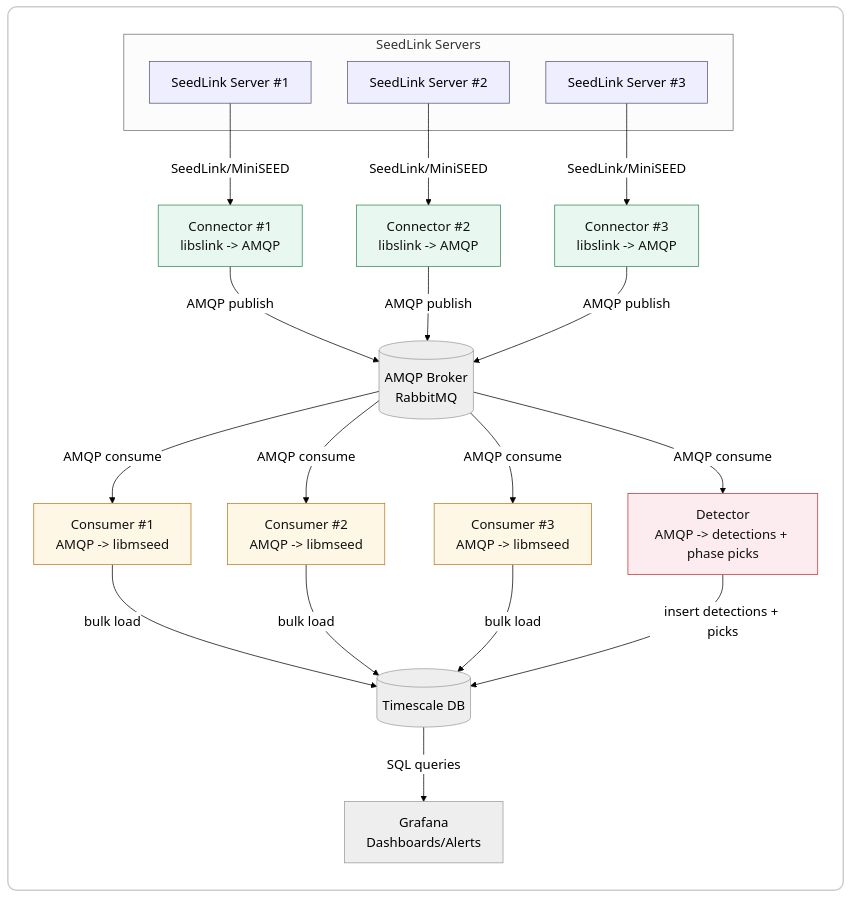
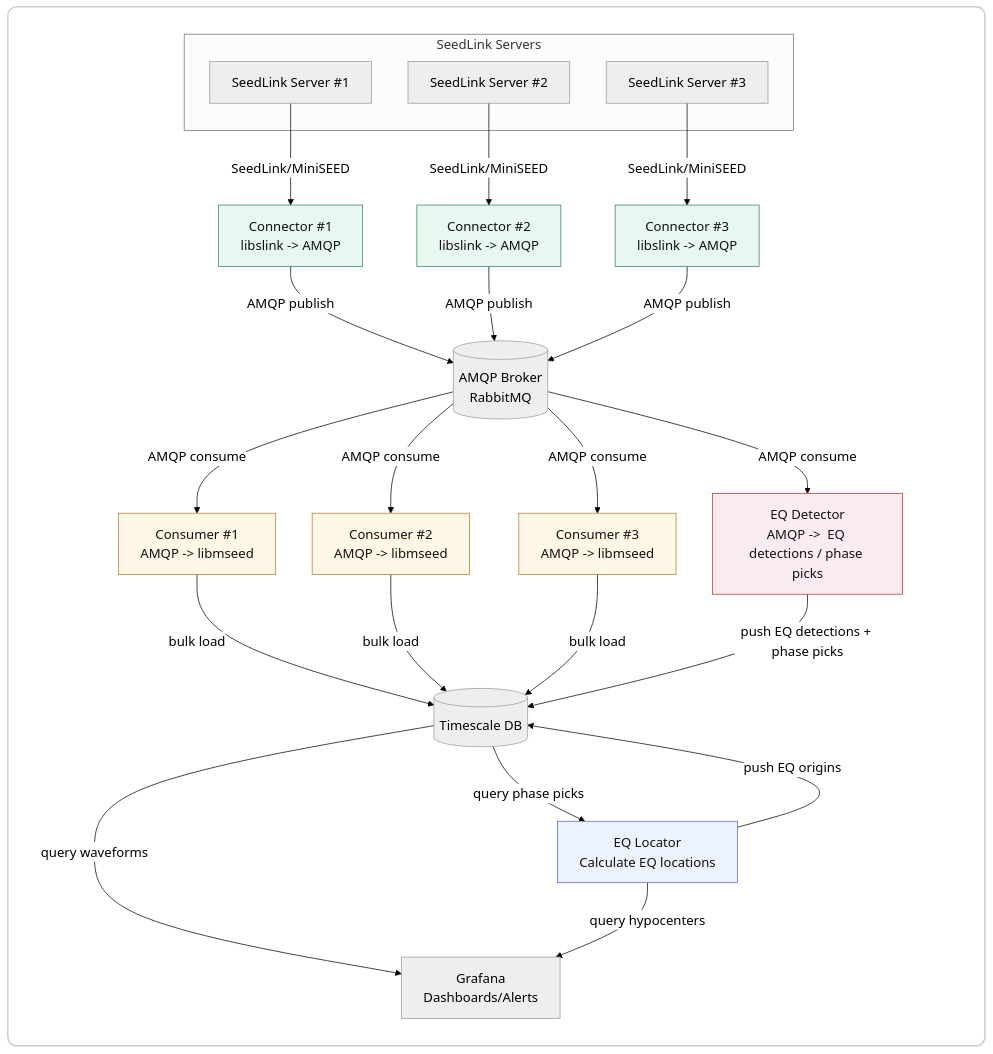
The diagram in README.md (timkomate/seisstream), drawn with Mermaid before and after one commit.

Commit message:
Update README.md with a new service

````diff
--- a/README.md
+++ b/README.md
@@ -6,46 +6,60 @@
 ```mermaid
 %%{init: {"theme":"neutral","themeVariables":{"fontSize":"18px","primaryTextColor":"#000","lineColor":"#000"}}}%%
 flowchart TB
 
   subgraph BG[" "]
     direction TB
 
     subgraph SeedLink Servers
-      SL1[SeedLink Server #1]:::src
-      SL2[SeedLink Server #2]:::src
-      SL3[SeedLink Server #3]:::src
+      SL1[SeedLink Server #1]
+      SL2[SeedLink Server #2]
+      SL3[SeedLink Server #3]
     end
 
     SL1 -->|SeedLink/MiniSEED| CON1[Connector #1<br/>libslink -> AMQP]
     SL2 -->|SeedLink/MiniSEED| CON2[Connector #2<br/>libslink -> AMQP]
     SL3 -->|SeedLink/MiniSEED| CON3[Connector #3<br/>libslink -> AMQP]
 
     CON1 -->|AMQP publish| MQ[(AMQP Broker<br/>RabbitMQ)]
     CON2 -->|AMQP publish| MQ
     CON3 -->|AMQP publish| MQ
 
     MQ -->|AMQP consume| CNS1[Consumer #1<br/>AMQP -> libmseed]
     MQ -->|AMQP consume| CNS2[Consumer #2<br/>AMQP -> libmseed]
     MQ -->|AMQP consume| CNS3[Consumer #3<br/>AMQP -> libmseed]
-    MQ -->|AMQP consume| DET[Detector<br/>AMQP -> detections + phase picks]
+    MQ -->|AMQP consume| DET[EQ Detector<br/>AMQP ->  EQ detections / phase picks]
 
     CNS1 -->|bulk load| PG[(Timescale DB)]
     CNS2 -->|bulk load| PG
     CNS3 -->|bulk load| PG
-    DET -->|insert detections + picks| PG
+    DET -->| push EQ detections + phase picks| PG
 
-    PG -->|SQL queries| GRAF[Grafana<br/>Dashboards/Alerts]
+    LOC[EQ Locator<br/> Calculate EQ locations ]
+    GRAF[Grafana<br/>Dashboards/Alerts]
+
+    PG -->|query phase picks| LOC
+    LOC -->|push EQ origins| PG
+    PG --> | query waveforms| GRAF
+    LOC -->| query hypocenters | GRAF
+
+    class CON1,CON2,CON3 connector;
+    class CNS1,CNS2,CNS3 consumer;
+    class DET detector;
+    class LOC locator;
   end
 
-  classDef src fill:#eef,stroke:#557;
+  classDef connector fill:#e8f7ef,stroke:#2f855a,color:#111;
+  classDef consumer fill:#fff7e6,stroke:#b7791f,color:#111;
+  classDef detector fill:#fdecef,stroke:#c53030,color:#111;
+  classDef locator fill:#edf2ff,stroke:#5a67d8,color:#111;
   style BG fill:#ffffff,stroke:#cccccc,stroke-width:2px,rx:12,ry:12;
 
   classDef connector fill:#e8f7ef,stroke:#2f855a,color:#111;
   classDef consumer fill:#fff7e6,stroke:#b7791f,color:#111;
   classDef detector fill:#fdecef,stroke:#c53030,color:#111;
   classDef locator fill:#edf2ff,stroke:#5a67d8,color:#111;
 
   class CON1,CON2,CON3 connector;
   class CNS1,CNS2,CNS3 consumer;
   class DET detector;
 ```
````
